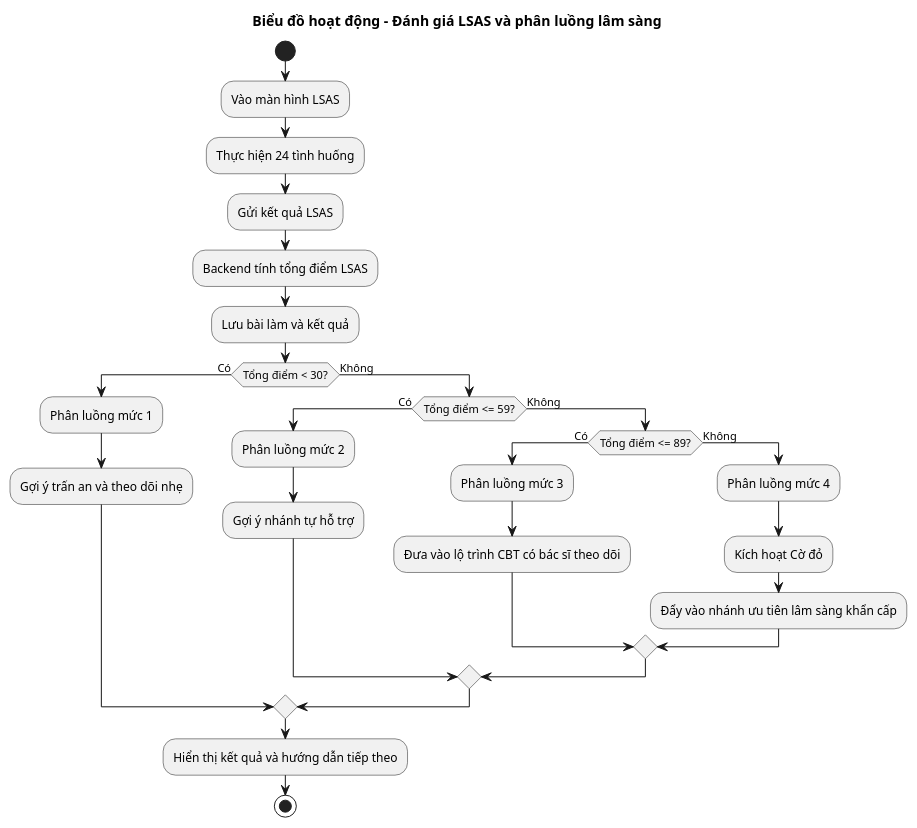
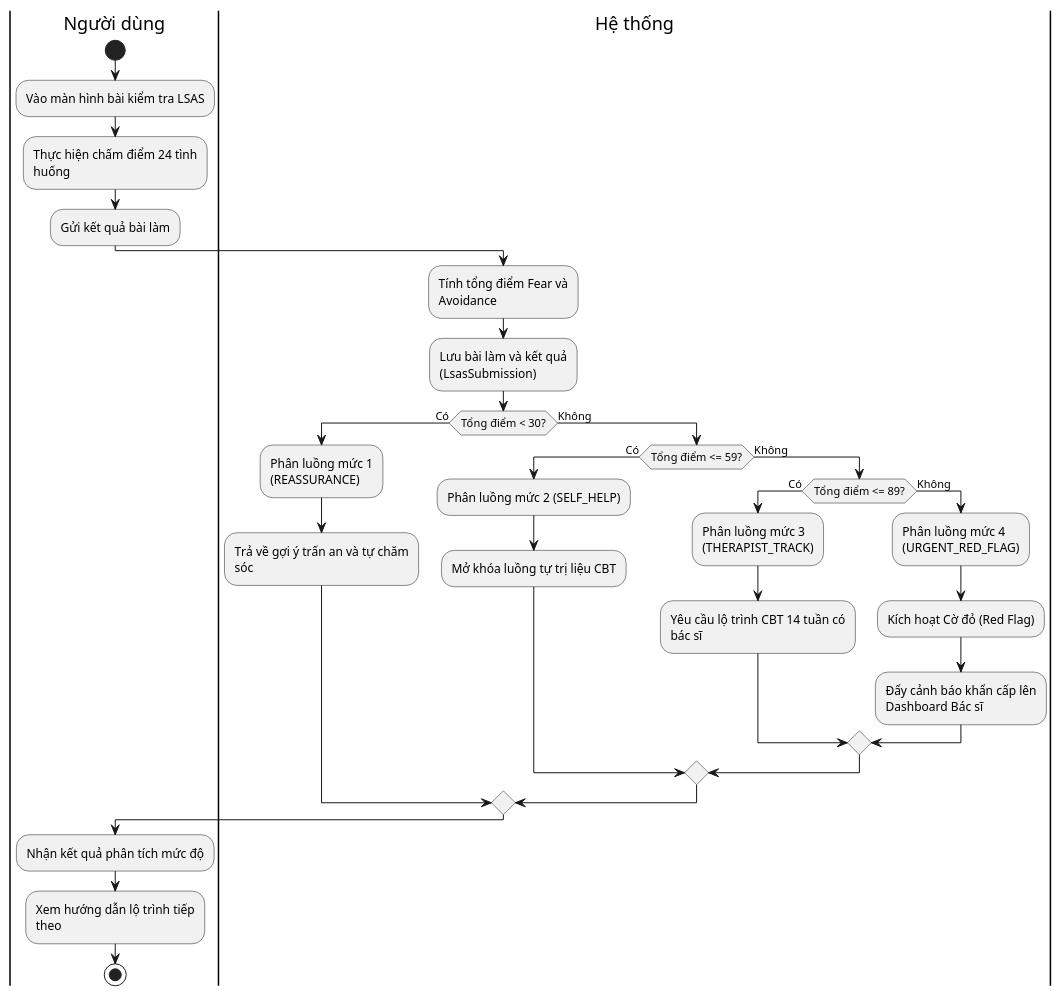
The diagram in docs/diagrams/Bieudohoatdong/uc02_lsas_routing_bieudohoatdong.puml (phuongtech24/do_an), drawn with PlantUML before and after one commit. The commit also changed 33 other files, not shown here.

Commit message:
[Add]: Thêm tính năng xác thực qua email khi login và đăng ký

```diff
--- a/docs/diagrams/Bieudohoatdong/uc02_lsas_routing_bieudohoatdong.puml
+++ b/docs/diagrams/Bieudohoatdong/uc02_lsas_routing_bieudohoatdong.puml
@@ -1,33 +1,38 @@
 @startuml
 skinparam defaultFontName "Times New Roman"
-title Biểu đồ hoạt động - Đánh giá LSAS và phân luồng lâm sàng
+skinparam wrapWidth 180
+skinparam NodePadding 20
 
+|Người dùng|
 start
-:Vào màn hình LSAS;
-:Thực hiện 24 tình huống;
-:Gửi kết quả LSAS;
-:Backend tính tổng điểm LSAS;
-:Lưu bài làm và kết quả;
+:Vào màn hình bài kiểm tra LSAS;
+:Thực hiện chấm điểm 24 tình huống;
+:Gửi kết quả bài làm;
 
+|Hệ thống|
+:Tính tổng điểm Fear và Avoidance;
+:Lưu bài làm và kết quả (LsasSubmission);
 if (Tổng điểm < 30?) then (Có)
-  :Phân luồng mức 1;
-  :Gợi ý trấn an và theo dõi nhẹ;
+  :Phân luồng mức 1 (REASSURANCE);
+  :Trả về gợi ý trấn an và tự chăm sóc;
 else (Không)
   if (Tổng điểm <= 59?) then (Có)
-    :Phân luồng mức 2;
-    :Gợi ý nhánh tự hỗ trợ;
+    :Phân luồng mức 2 (SELF_HELP);
+    :Mở khóa luồng tự trị liệu CBT;
   else (Không)
     if (Tổng điểm <= 89?) then (Có)
-      :Phân luồng mức 3;
-      :Đưa vào lộ trình CBT có bác sĩ theo dõi;
+      :Phân luồng mức 3 (THERAPIST_TRACK);
+      :Yêu cầu lộ trình CBT 14 tuần có bác sĩ;
     else (Không)
-      :Phân luồng mức 4;
-      :Kích hoạt Cờ đỏ;
-      :Đẩy vào nhánh ưu tiên lâm sàng khẩn cấp;
+      :Phân luồng mức 4 (URGENT_RED_FLAG);
+      :Kích hoạt Cờ đỏ (Red Flag);
+      :Đẩy cảnh báo khẩn cấp lên Dashboard Bác sĩ;
     endif
   endif
 endif
 
-:Hiển thị kết quả và hướng dẫn tiếp theo;
+|Người dùng|
+:Nhận kết quả phân tích mức độ;
+:Xem hướng dẫn lộ trình tiếp theo;
 stop
 @enduml
```
